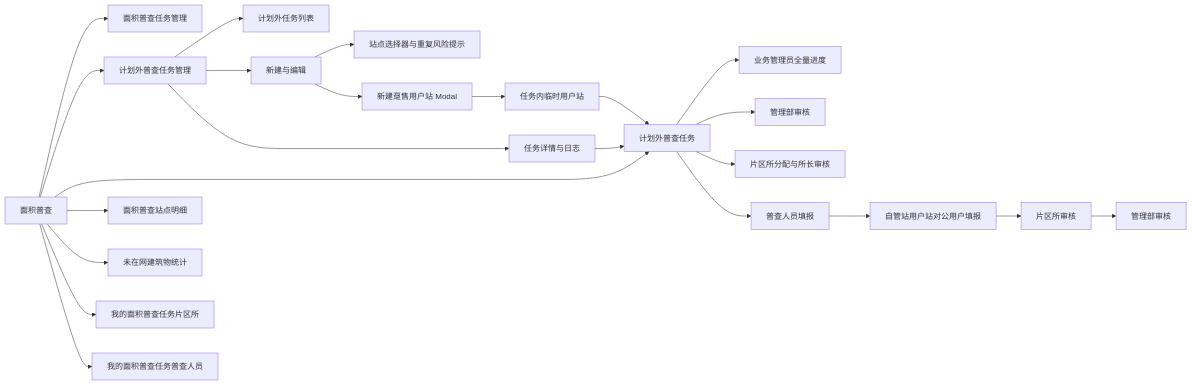
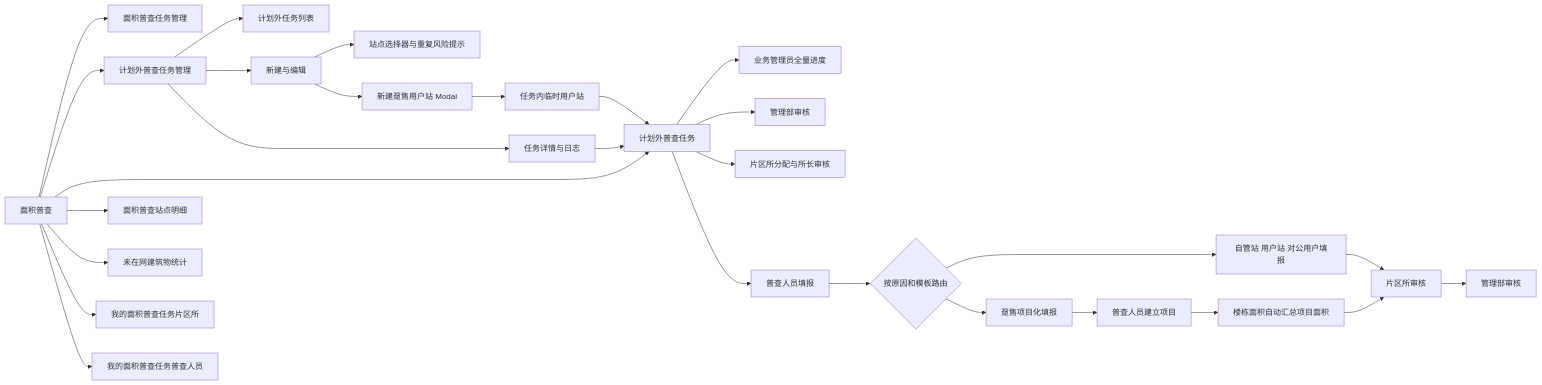
One commit to caicai9807-code/Area-survey changed the first of 2 diagrams in docs/计划外普查任务管理-系统建设方案.md. Above: the diagram before and after it, drawn with Mermaid. The commit also changed other lines of this file and 21 other files, not shown here.

````diff
--- a/docs/计划外普查任务管理-系统建设方案.md
+++ b/docs/计划外普查任务管理-系统建设方案.md
@@ -15,25 +15,30 @@
 ```mermaid
 flowchart LR
     A[面积普查] --> B[面积普查任务管理]
     A --> C[计划外普查任务管理]
     A --> D[计划外普查任务]
     A --> E[面积普查站点明细]
     A --> F[未在网建筑物统计]
     A --> G[我的面积普查任务片区所]
     A --> H[我的面积普查任务普查人员]
     C --> C1[计划外任务列表]
     C --> C2[新建与编辑]
     C --> C3[任务详情与日志]
     C2 --> I[站点选择器与重复风险提示]
     C2 --> T[新建趸售用户站 Modal]
     T --> T1[任务内临时用户站]
     T1 --> D
     C3 --> D
     D --> D1[业务管理员全量进度]
     D --> D2[管理部审核]
     D --> D3[片区所分配与所长审核]
     D --> D4[普查人员填报]
-    D4 --> J[自管站用户站对公用户填报]
-    J --> K[片区所审核]
+    D4 --> J{按原因和模板路由}
+    J --> J1[自管站 用户站 对公用户填报]
+    J --> J2[趸售项目化填报]
+    J2 --> J3[普查人员建立项目]
+    J3 --> J4[楼栋面积自动汇总项目面积]
+    J1 --> K[片区所审核]
+    J4 --> K
     K --> L[管理部审核]
 ```
````
